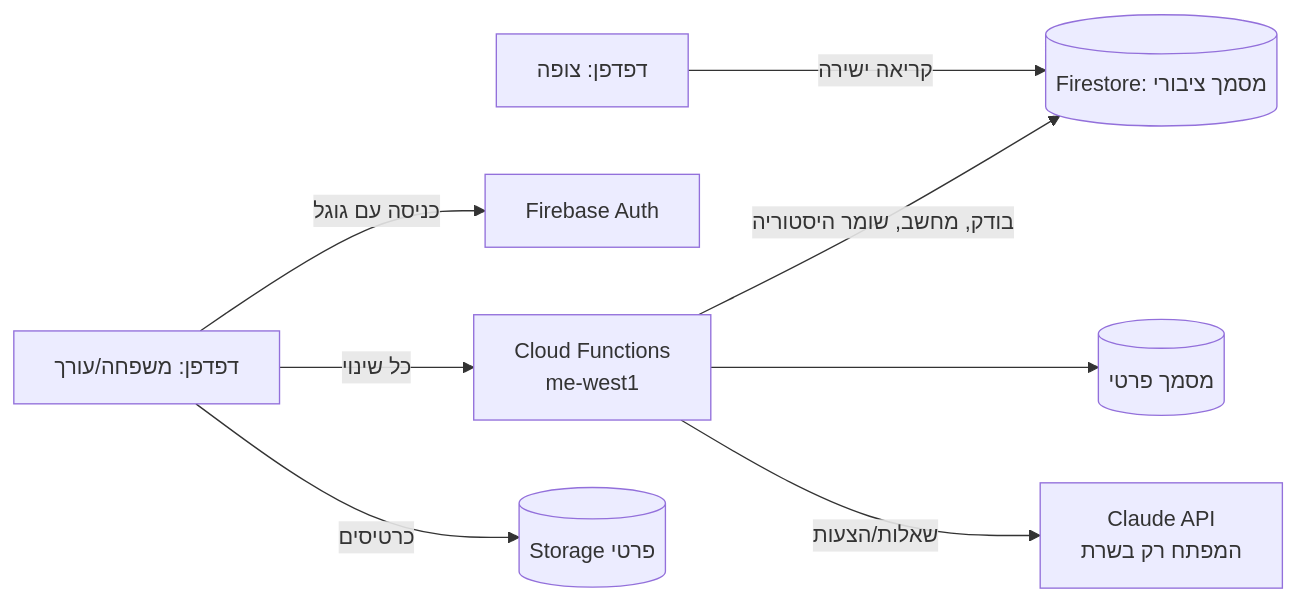
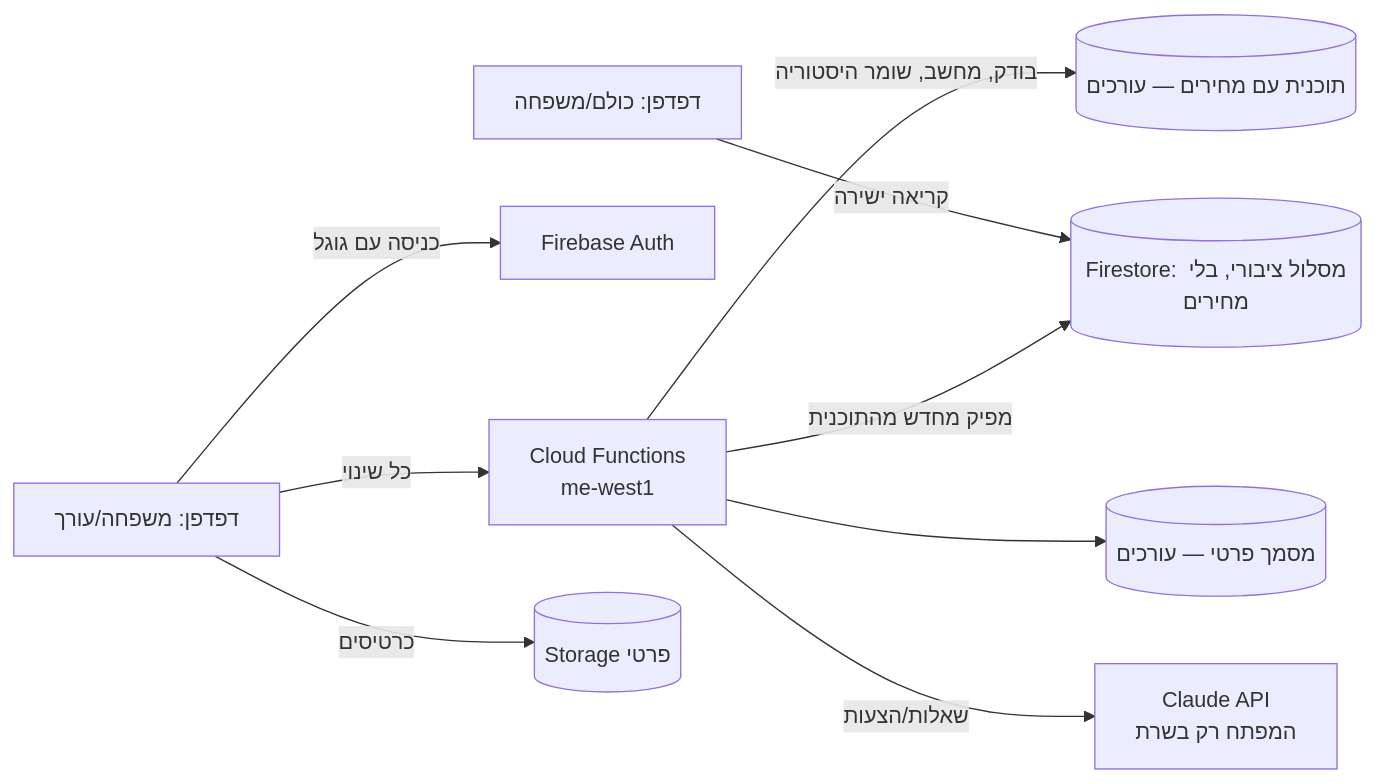
One commit to ShaharDS/usa-trip-2027 changed the diagram in README.md. Above: the diagram before and after it, drawn with Mermaid. The commit also changed other lines of this file and 56 other files, not shown here.

````diff
--- a/README.md
+++ b/README.md
@@ -12,10 +12,11 @@
 ```mermaid
 flowchart LR
-  V[דפדפן: צופה] -- קריאה ישירה --> P[(Firestore: מסמך ציבורי)]
+  V[דפדפן: כולם/משפחה] -- קריאה ישירה --> P[(Firestore: מסלול ציבורי, בלי מחירים)]
   F[דפדפן: משפחה/עורך] -- כניסה עם גוגל --> A[Firebase Auth]
   F -- כל שינוי --> CF[Cloud Functions<br/>me-west1]
-  CF -- בודק, מחשב, שומר היסטוריה --> P
-  CF --> Q[(מסמך פרטי)]
+  CF -- בודק, מחשב, שומר היסטוריה --> PL[(תוכנית עם מחירים — עורכים)]
+  CF -- מפיק מחדש מהתוכנית --> P
+  CF --> Q[(מסמך פרטי — עורכים)]
   CF -- שאלות/הצעות --> C[Claude API<br/>המפתח רק בשרת]
   F -- כרטיסים --> S[(Storage פרטי)]
 ```
````
